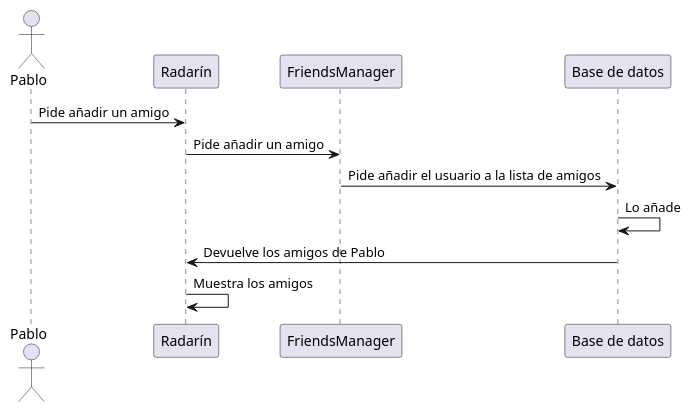
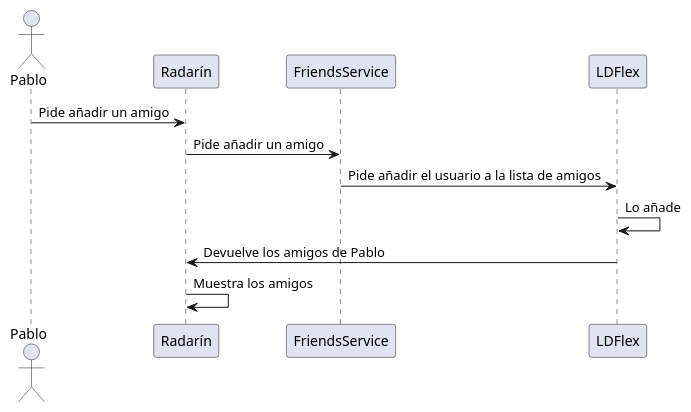
The third of 6 diagrams in webapp/docs/06_runtime_view.adoc (Arquisoft/radarin_es4a), drawn with PlantUML before and after one commit. The commit also changed other lines of this file, not shown here.

```diff
--- a/webapp/docs/06_runtime_view.adoc
+++ b/webapp/docs/06_runtime_view.adoc
@@ -76,13 +76,13 @@
 [plantuml,"anadir_amigos",png]
 ----
 actor Pablo
 participant  "Radarín"
-participant "FriendsManager"
-participant "Base de datos"
+participant "FriendsService"
+participant "LDFlex"
 Pablo -> "Radarín": Pide añadir un amigo
-"Radarín" -> "FriendsManager": Pide añadir un amigo
-"FriendsManager" -> "Base de datos": Pide añadir el usuario a la lista de amigos
-"Base de datos" -> "Base de datos": Lo añade
-"Base de datos" -> "Radarín" : Devuelve los amigos de Pablo
+"Radarín" -> "FriendsService": Pide añadir un amigo
+"FriendsService" -> "LDFlex": Pide añadir el usuario a la lista de amigos
+"LDFlex" -> "LDFlex": Lo añade
+"LDFlex" -> "Radarín" : Devuelve los amigos de Pablo
 "Radarín" -> "Radarín": Muestra los amigos
 ----
```
